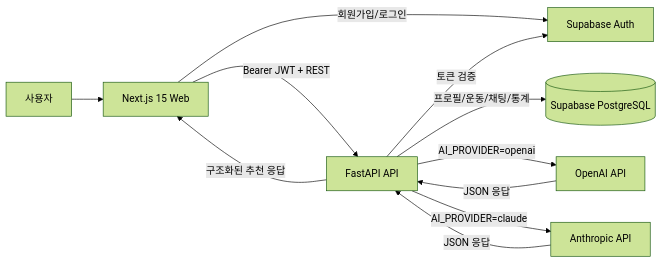
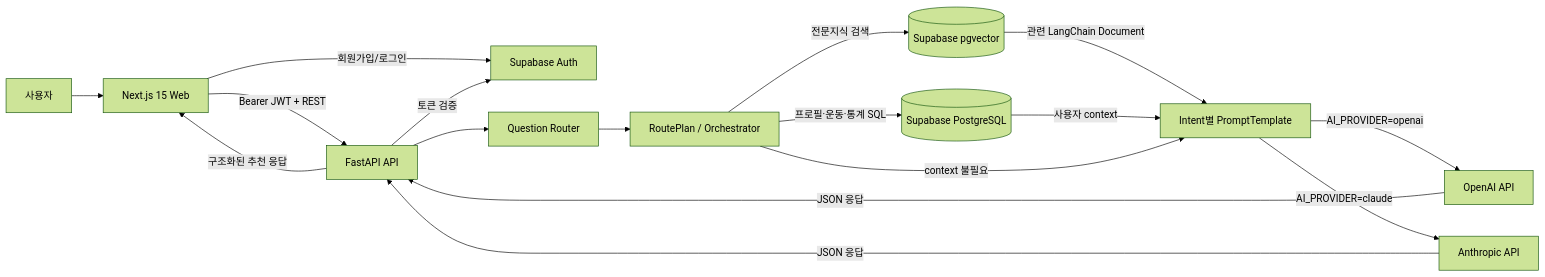
Before and after one commit to kwonup/fit-pt: the second of 3 diagrams in README.md, drawn with Mermaid (forest theme). The commit also changed other lines of this file and 6 other files, not shown here.

````diff
--- a/README.md
+++ b/README.md
@@ -163,13 +174,19 @@
 ```mermaid
 flowchart LR
     User[사용자] --> Web[Next.js 15 Web]
     Web -->|회원가입/로그인| Auth[Supabase Auth]
     Web -->|Bearer JWT + REST| API[FastAPI API]
     API -->|토큰 검증| Auth
-    API -->|프로필/운동/채팅/통계| DB[(Supabase PostgreSQL)]
-    API -->|AI_PROVIDER=openai| OpenAI[OpenAI API]
-    API -->|AI_PROVIDER=claude| Claude[Anthropic API]
+    API --> Router[Question Router]
+    Router --> Plan[RoutePlan / Orchestrator]
+    Plan -->|프로필·운동·통계 SQL| DB[(Supabase PostgreSQL)]
+    Plan -->|전문지식 검색| Vector[(Supabase pgvector)]
+    Vector -->|관련 LangChain Document| Prompt[Intent별 PromptTemplate]
+    DB -->|사용자 context| Prompt
+    Plan -->|context 불필요| Prompt
+    Prompt -->|AI_PROVIDER=openai| OpenAI[OpenAI API]
+    Prompt -->|AI_PROVIDER=claude| Claude[Anthropic API]
     OpenAI -->|JSON 응답| API
     Claude -->|JSON 응답| API
     API -->|구조화된 추천 응답| Web
 ```
````
